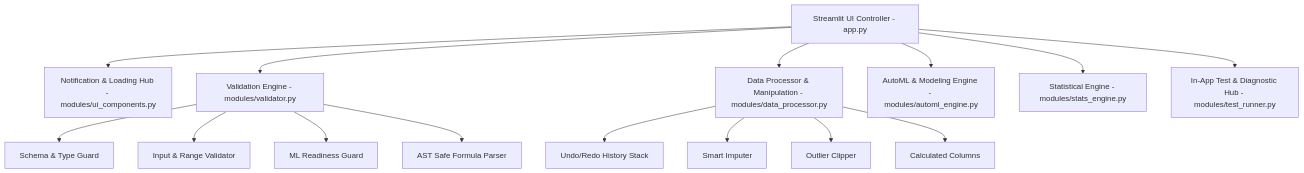
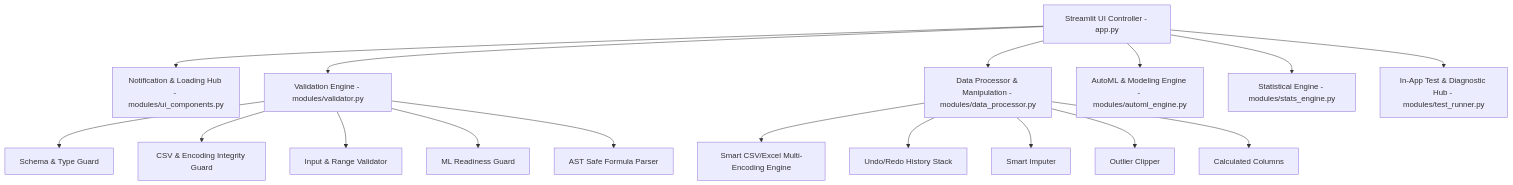
One commit to orayyilmaz16/DataVortex changed the diagram in README.md. Above: the diagram before and after it, drawn with Mermaid. The commit also changed other lines of this file and 7 other files, not shown here.

````diff
--- a/README.md
+++ b/README.md
@@ -19,19 +19,21 @@
 ```mermaid
 flowchart TD
     UI[Streamlit UI Controller - app.py] --> NH[Notification & Loading Hub - modules/ui_components.py]
     UI --> VE[Validation Engine - modules/validator.py]
     UI --> DP[Data Processor & Manipulation - modules/data_processor.py]
     UI --> ML[AutoML & Modeling Engine - modules/automl_engine.py]
     UI --> ST[Statistical Engine - modules/stats_engine.py]
     UI --> TH[In-App Test & Diagnostic Hub - modules/test_runner.py]
 
     VE --> SG[Schema & Type Guard]
+    VE --> CSV_Guard[CSV & Encoding Integrity Guard]
     VE --> IV[Input & Range Validator]
     VE --> MV[ML Readiness Guard]
     VE --> FV[AST Safe Formula Parser]
 
+    DP --> LoadEngine[Smart CSV/Excel Multi-Encoding Engine]
     DP --> Undo[Undo/Redo History Stack]
     DP --> Imp[Smart Imputer]
     DP --> Out[Outlier Clipper]
     DP --> Calc[Calculated Columns]
 ```
````
